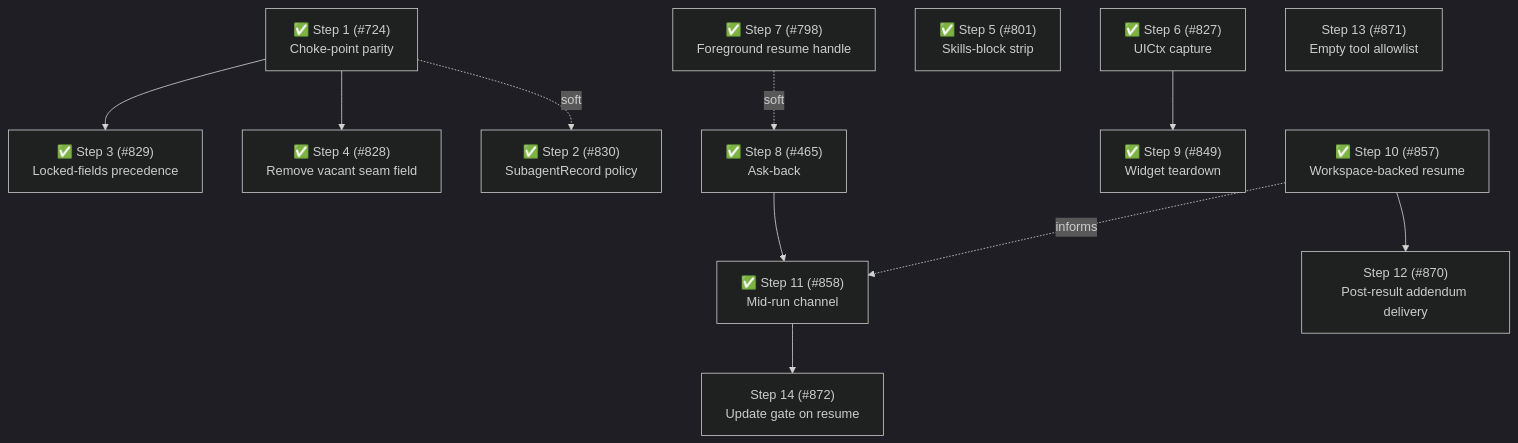
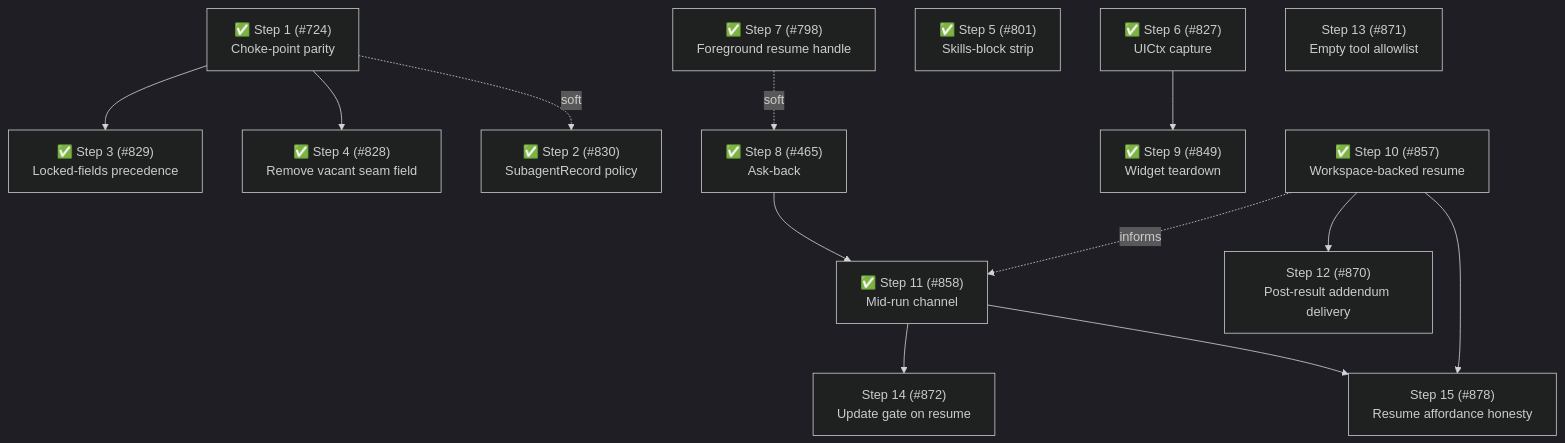
Before and after one commit to gotgenes/pi-packages: the sixth of 6 diagrams in packages/pi-subagents/docs/architecture/architecture.md, drawn with Mermaid (dark theme). The commit also changed other lines of this file, not shown here.

````diff
--- a/packages/pi-subagents/docs/architecture/architecture.md
+++ b/packages/pi-subagents/docs/architecture/architecture.md
@@ -1122,14 +1140,16 @@
 ```mermaid
 flowchart TD
     S1["✅ Step 1 (#724)<br/>Choke-point parity"] --> S3["✅ Step 3 (#829)<br/>Locked-fields precedence"]
     S1 --> S4["✅ Step 4 (#828)<br/>Remove vacant seam field"]
     S1 -.soft.-> S2["✅ Step 2 (#830)<br/>SubagentRecord policy"]
     S7["✅ Step 7 (#798)<br/>Foreground resume handle"] -.soft.-> S8["✅ Step 8 (#465)<br/>Ask-back"]
     S5["✅ Step 5 (#801)<br/>Skills-block strip"]
     S6["✅ Step 6 (#827)<br/>UICtx capture"] --> S9["✅ Step 9 (#849)<br/>Widget teardown"]
     S8 --> S11["✅ Step 11 (#858)<br/>Mid-run channel"]
     S10["✅ Step 10 (#857)<br/>Workspace-backed resume"] -.informs.-> S11
     S10 --> S12["Step 12 (#870)<br/>Post-result addendum delivery"]
     S11 --> S14["Step 14 (#872)<br/>Update gate on resume"]
     S13["Step 13 (#871)<br/>Empty tool allowlist"]
+    S10 --> S15["Step 15 (#878)<br/>Resume affordance honesty"]
+    S11 --> S15
 ```
````
